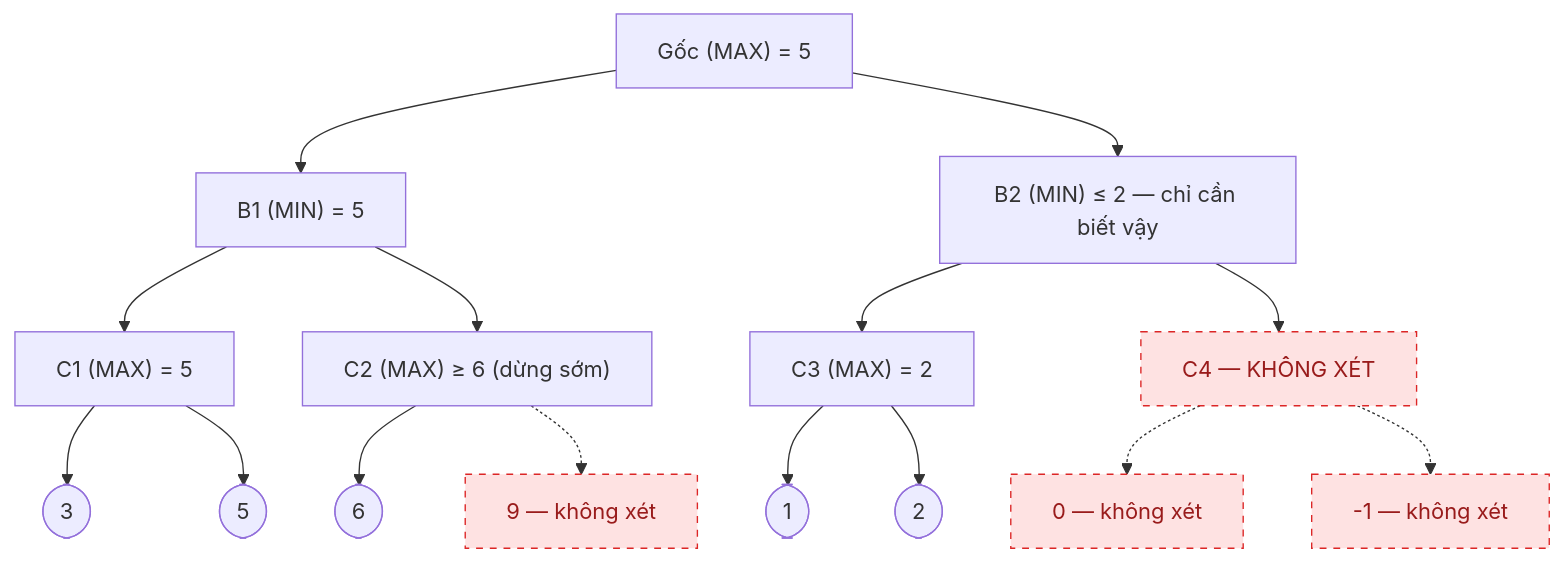
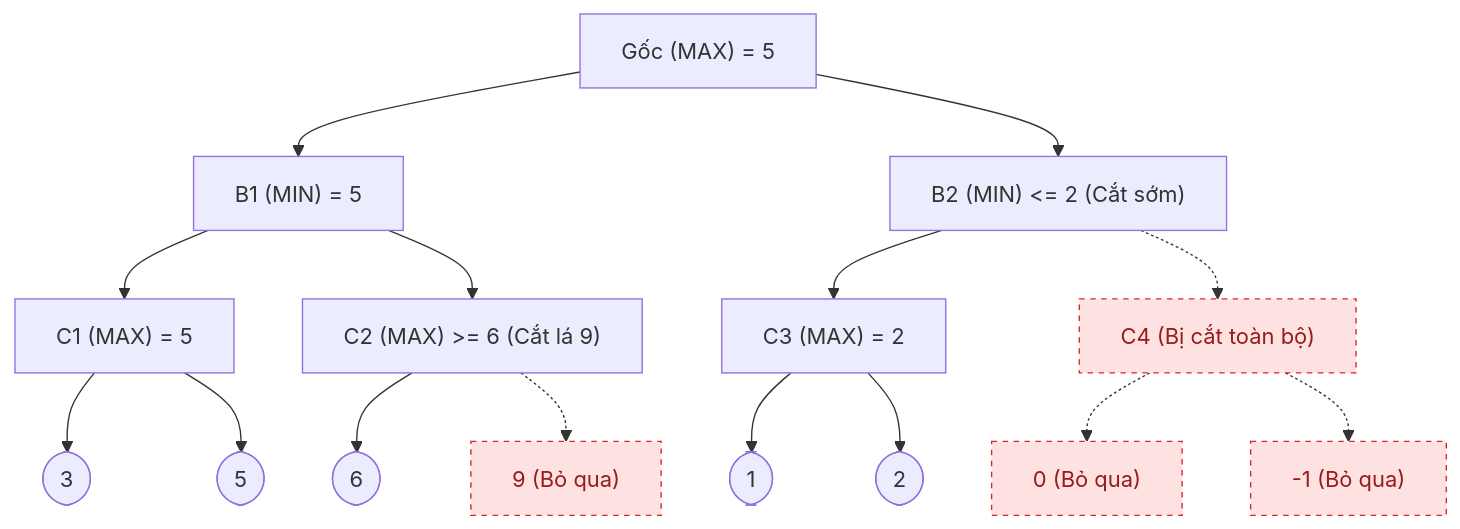
Before and after one commit to KazinMintori/StudyHub: the third of 3 diagrams in docs/bieu-dien-tri-thuc/bai-giang/04-tim-kiem-doi-khang.md, drawn with Mermaid. The commit also changed other lines of this file and 558 other files, not shown here.

````diff
--- a/docs/bieu-dien-tri-thuc/bai-giang/04-tim-kiem-doi-khang.md
+++ b/docs/bieu-dien-tri-thuc/bai-giang/04-tim-kiem-doi-khang.md
@@ -111,32 +157,32 @@
 ```mermaid
 flowchart TD
     Root["Gốc (MAX) = 5"]
     B1["B1 (MIN) = 5"]
-    B2["B2 (MIN) ≤ 2 — chỉ cần biết vậy"]
+    B2["B2 (MIN) <= 2 (Cắt sớm)"]
     C1["C1 (MAX) = 5"]
-    C2["C2 (MAX) ≥ 6 (dừng sớm)"]
+    C2["C2 (MAX) >= 6 (Cắt lá 9)"]
     C3["C3 (MAX) = 2"]
-    C4[" C4 — KHÔNG XÉT"]
+    C4["C4 (Bị cắt toàn bộ)"]
     L1(["3"]); L2(["5"]); L3(["6"])
-    L4[" 9 — không xét"]
+    L4["9 (Bỏ qua)"]
     L5(["1"]); L6(["2"])
-    L7[" 0 — không xét"]; L8[" -1 — không xét"]
+    L7["0 (Bỏ qua)"]; L8["-1 (Bỏ qua)"]
 
     Root --> B1
     Root --> B2
     B1 --> C1
     B1 --> C2
     B2 --> C3
-    B2 --> C4
+    B2 -.-> C4
     C1 --> L1
     C1 --> L2
     C2 --> L3
     C2 -.-> L4
     C3 --> L5
     C3 --> L6
     C4 -.-> L7
     C4 -.-> L8
 
-    classDef pruned fill:#fee2e2,stroke:#dc2626,stroke-dasharray: 5 5,color:#991b1b;
+    classDef pruned fill:#fee2e2,stroke:#dc2626,stroke-dasharray: 4 4,color:#991b1b;
     class L4,C4,L7,L8 pruned;
 ```
````
